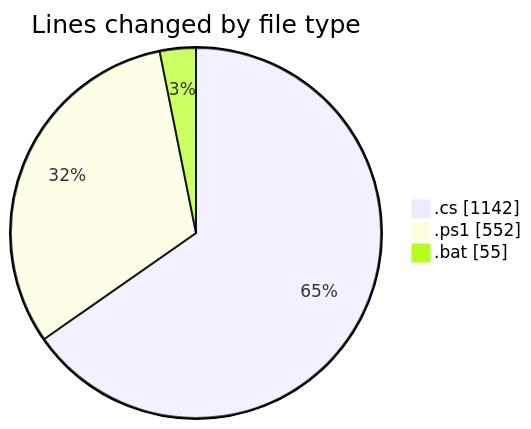
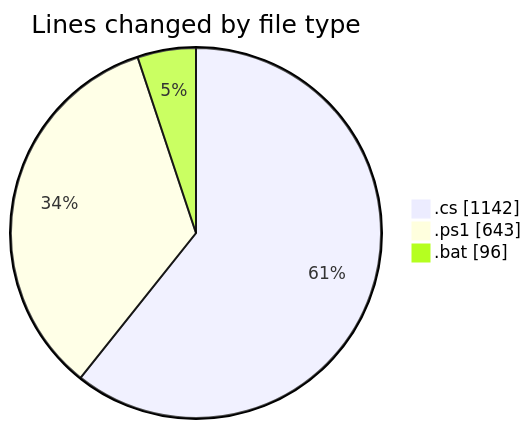
The first of 2 diagrams in 2025-07-28/quanlyrapchieuphim-2/README.md (lephambinh05/code-tracking), drawn with Mermaid before and after one commit. The commit also changed other lines of this file and 1 other file, not shown here.

````diff
--- a/2025-07-28/quanlyrapchieuphim-2/README.md
+++ b/2025-07-28/quanlyrapchieuphim-2/README.md
@@ -25,7 +27,7 @@
 ```mermaid
 pie showData
 title Lines changed by file type
 ".cs" : 1142
-".ps1" : 552
-".bat" : 55
+".ps1" : 643
+".bat" : 96
 ```
````
